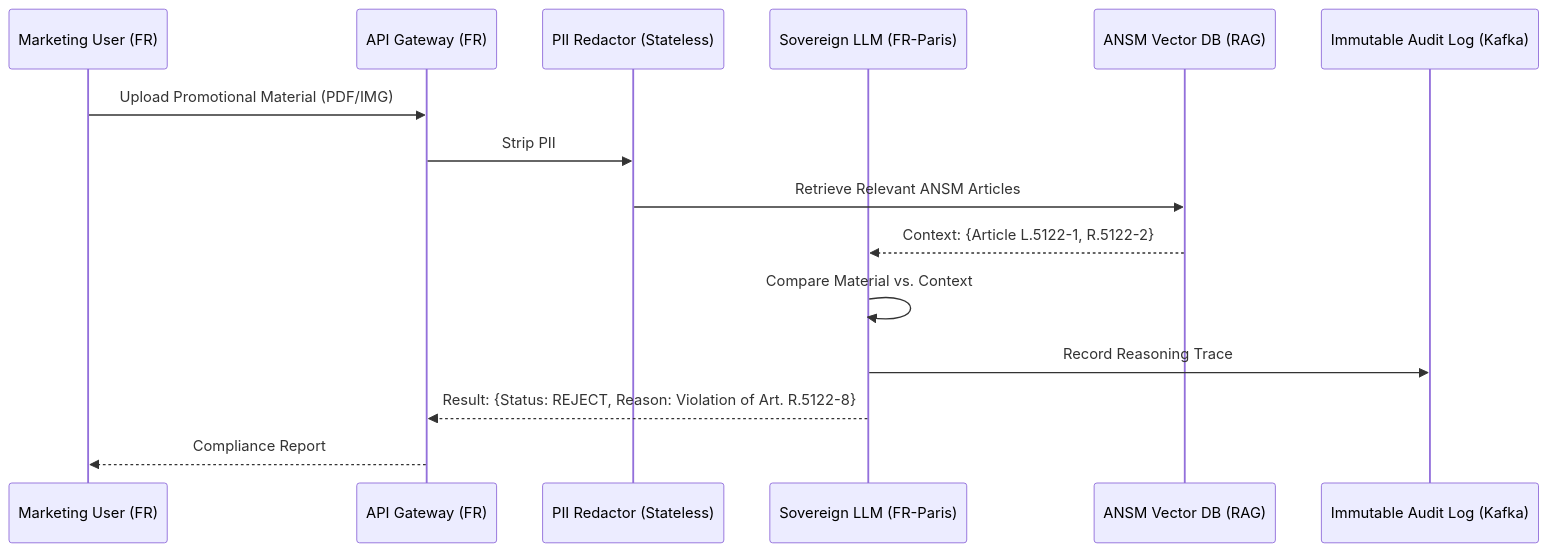
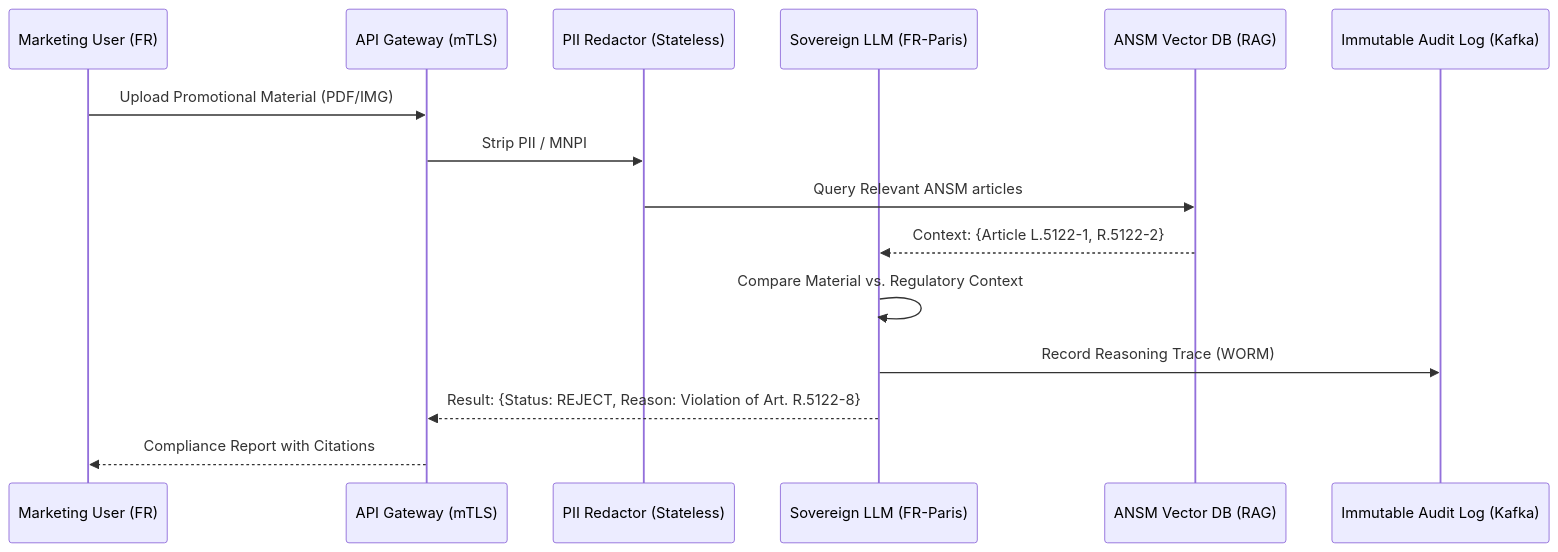
The diagram in PHARMA_GUARD_MARKETING_REVIEWER_SPEC.md (OneFineStarstuff/Jules), drawn with Mermaid before and after one commit. The commit also changed other lines of this file, not shown here.

````diff
--- a/PHARMA_GUARD_MARKETING_REVIEWER_SPEC.md
+++ b/PHARMA_GUARD_MARKETING_REVIEWER_SPEC.md
@@ -45,18 +45,18 @@
 ```mermaid
 sequenceDiagram
     participant Mkt as Marketing User (FR)
-    participant GW as API Gateway (FR)
+    participant GW as API Gateway (mTLS)
     participant Redact as PII Redactor (Stateless)
     participant LLM as Sovereign LLM (FR-Paris)
     participant Vector as ANSM Vector DB (RAG)
     participant Audit as Immutable Audit Log (Kafka)
 
     Mkt->>GW: Upload Promotional Material (PDF/IMG)
-    GW->>Redact: Strip PII
-    Redact->>Vector: Retrieve Relevant ANSM Articles
+    GW->>Redact: Strip PII / MNPI
+    Redact->>Vector: Query Relevant ANSM articles
     Vector-->>LLM: Context: {Article L.5122-1, R.5122-2}
-    LLM->>LLM: Compare Material vs. Context
-    LLM->>Audit: Record Reasoning Trace
+    LLM->>LLM: Compare Material vs. Regulatory Context
+    LLM->>Audit: Record Reasoning Trace (WORM)
     LLM-->>GW: Result: {Status: REJECT, Reason: Violation of Art. R.5122-8}
-    GW-->>Mkt: Compliance Report
+    GW-->>Mkt: Compliance Report with Citations
 ```
````
